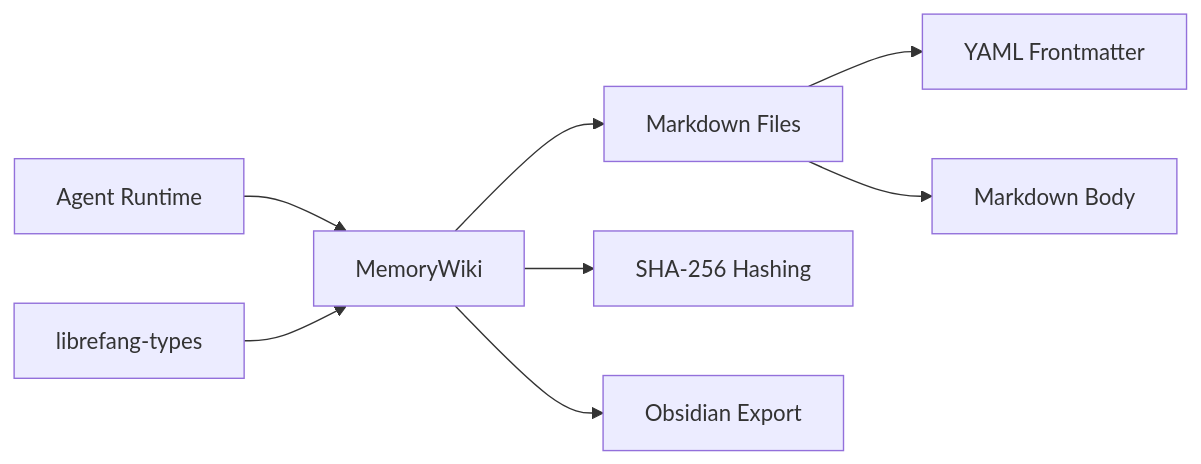
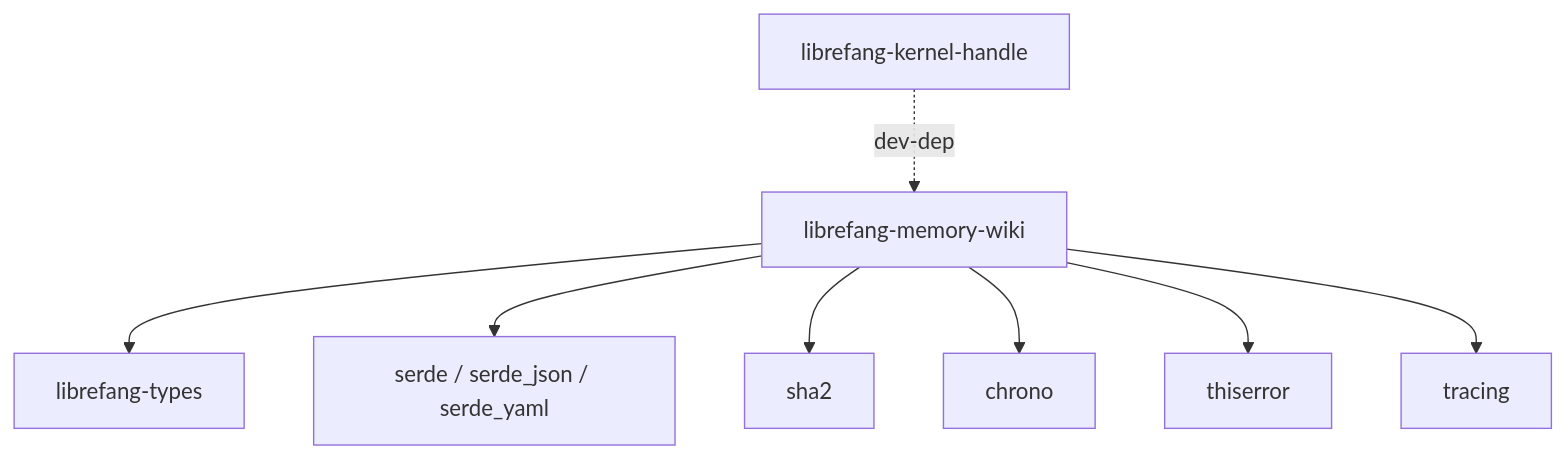
The diagram in other-librefang-memory-wiki.md (leszek3737/librefang-WIki), drawn with Mermaid before and after one commit. The commit also changed other lines of this file and 70 other files, not shown here.

````diff
--- a/other-librefang-memory-wiki.md
+++ b/other-librefang-memory-wiki.md
@@ -13,10 +15,10 @@
 ```mermaid
-graph LR
-    A[Agent Runtime] --> B[MemoryWiki]
-    B --> C[Markdown Files]
-    C --> D[YAML Frontmatter]
-    C --> E[Markdown Body]
-    B --> F[SHA-256 Hashing]
-    B --> G[Obsidian Export]
-    H[librefang-types] --> B
+graph TD
+    A[librefang-memory-wiki] --> B[librefang-types]
+    A --> C[serde / serde_json / serde_yaml]
+    A --> D[sha2]
+    A --> E[chrono]
+    A --> F[thiserror]
+    A --> G[tracing]
+    H[librefang-kernel-handle] -.->|dev-dep| A
 ```
````
